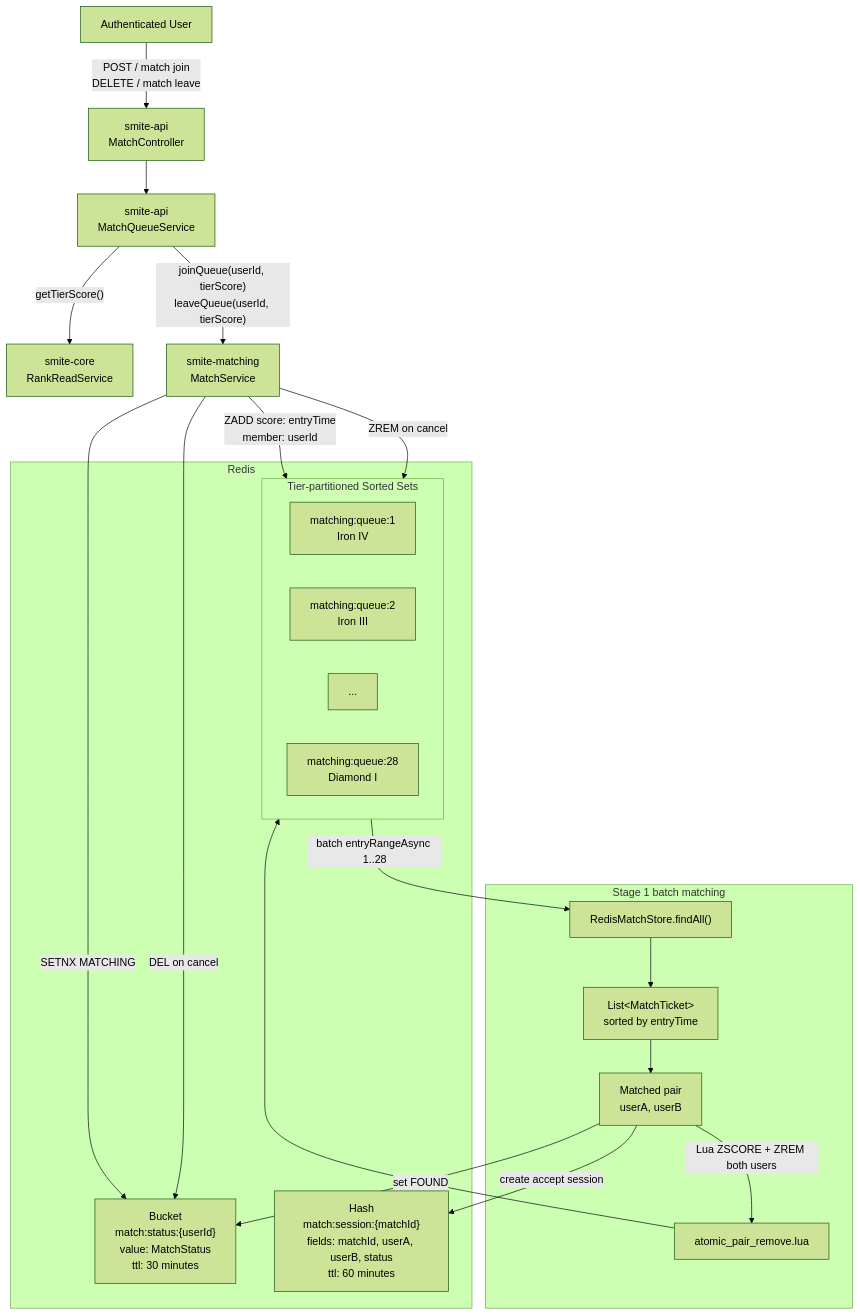
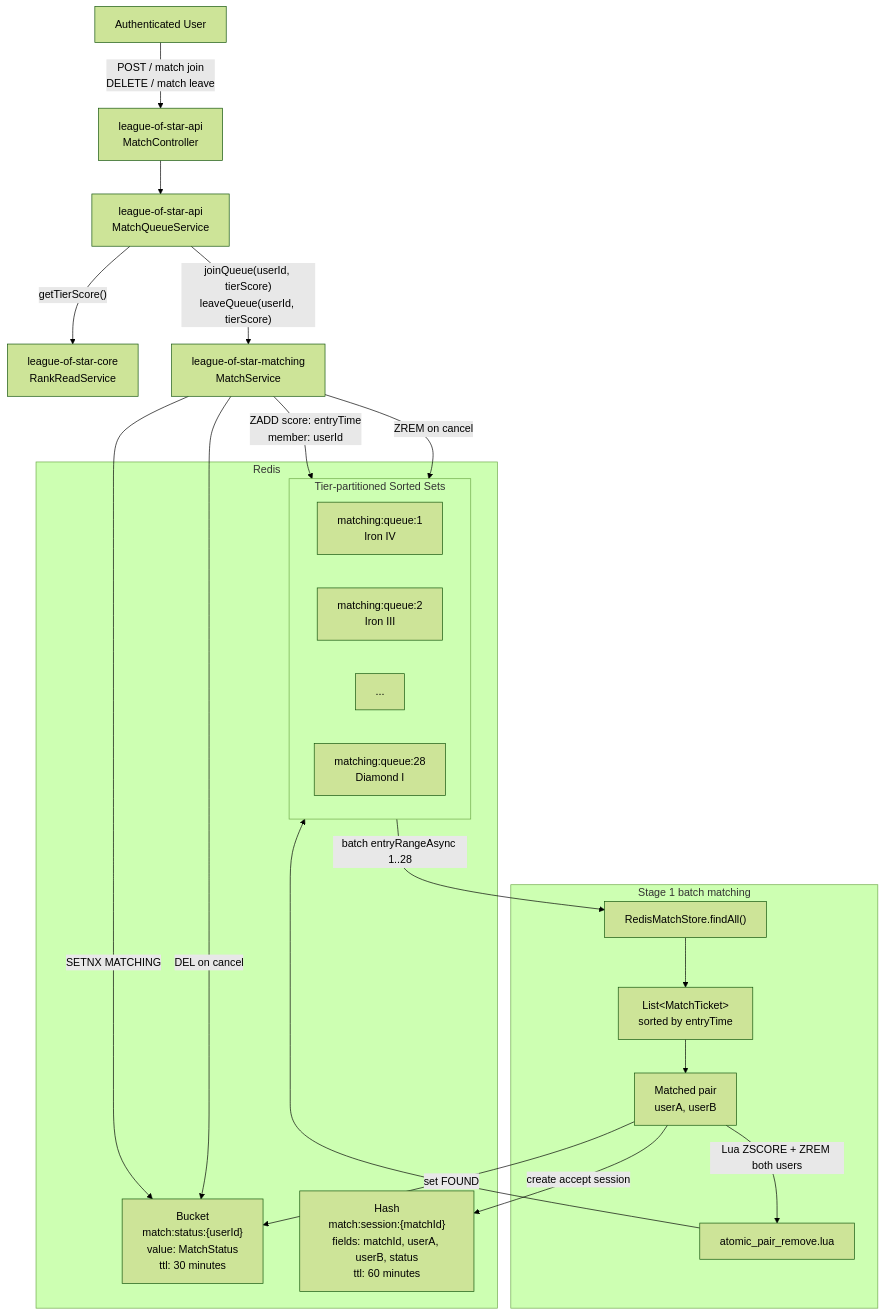
One commit to moonwhistle/League-of-Star changed the first of 2 diagrams in docs/project/matching-v1.md. Above: the diagram before and after it, drawn with Mermaid (forest theme). The commit also changed other lines of this file and 40 other files, not shown here.

Commit message:
feat: league of star 리브랜딩 잔여 네이밍을 정리함

````diff
--- a/docs/project/matching-v1.md
+++ b/docs/project/matching-v1.md
@@ -11,45 +11,45 @@
 ```mermaid
 flowchart TD
     User["Authenticated User"]
-    Controller["smite-api<br/>MatchController"]
-    QueueService["smite-api<br/>MatchQueueService"]
-    RankReadService["smite-core<br/>RankReadService"]
-    MatchService["smite-matching<br/>MatchService"]
+    Controller["league-of-star-api<br/>MatchController"]
+    QueueService["league-of-star-api<br/>MatchQueueService"]
+    RankReadService["league-of-star-core<br/>RankReadService"]
+    MatchService["league-of-star-matching<br/>MatchService"]
 
     User -->|"POST / match join<br/>DELETE / match leave"| Controller
     Controller --> QueueService
     QueueService -->|"getTierScore()"| RankReadService
     QueueService -->|"joinQueue(userId, tierScore)<br/>leaveQueue(userId, tierScore)"| MatchService
 
     subgraph Redis["Redis"]
         Status["Bucket<br/>match:status:{userId}<br/>value: MatchStatus<br/>ttl: 30 minutes"]
         Session["Hash<br/>match:session:{matchId}<br/>fields: matchId, userA, userB, status<br/>ttl: 60 minutes"]
 
         subgraph Queues["Tier-partitioned Sorted Sets"]
             Q1["matching:queue:1<br/>Iron IV"]
             Q2["matching:queue:2<br/>Iron III"]
             QN["..."]
             Q28["matching:queue:28<br/>Diamond I"]
         end
     end
 
     MatchService -->|"SETNX MATCHING"| Status
     MatchService -->|"ZADD score: entryTime<br/>member: userId"| Queues
     MatchService -->|"ZREM on cancel"| Queues
     MatchService -->|"DEL on cancel"| Status
 
     subgraph Stage1["Stage 1 batch matching"]
         FindAll["RedisMatchStore.findAll()"]
         TicketList["List&lt;MatchTicket&gt;<br/>sorted by entryTime"]
         Pair["Matched pair<br/>userA, userB"]
         Lua["atomic_pair_remove.lua"]
     end
 
     Queues -->|"batch entryRangeAsync 1..28"| FindAll
     FindAll --> TicketList
     TicketList --> Pair
     Pair -->|"Lua ZSCORE + ZREM both users"| Lua
     Lua --> Queues
     Pair -->|"create accept session"| Session
     Pair -->|"set FOUND"| Status
 ```
````
